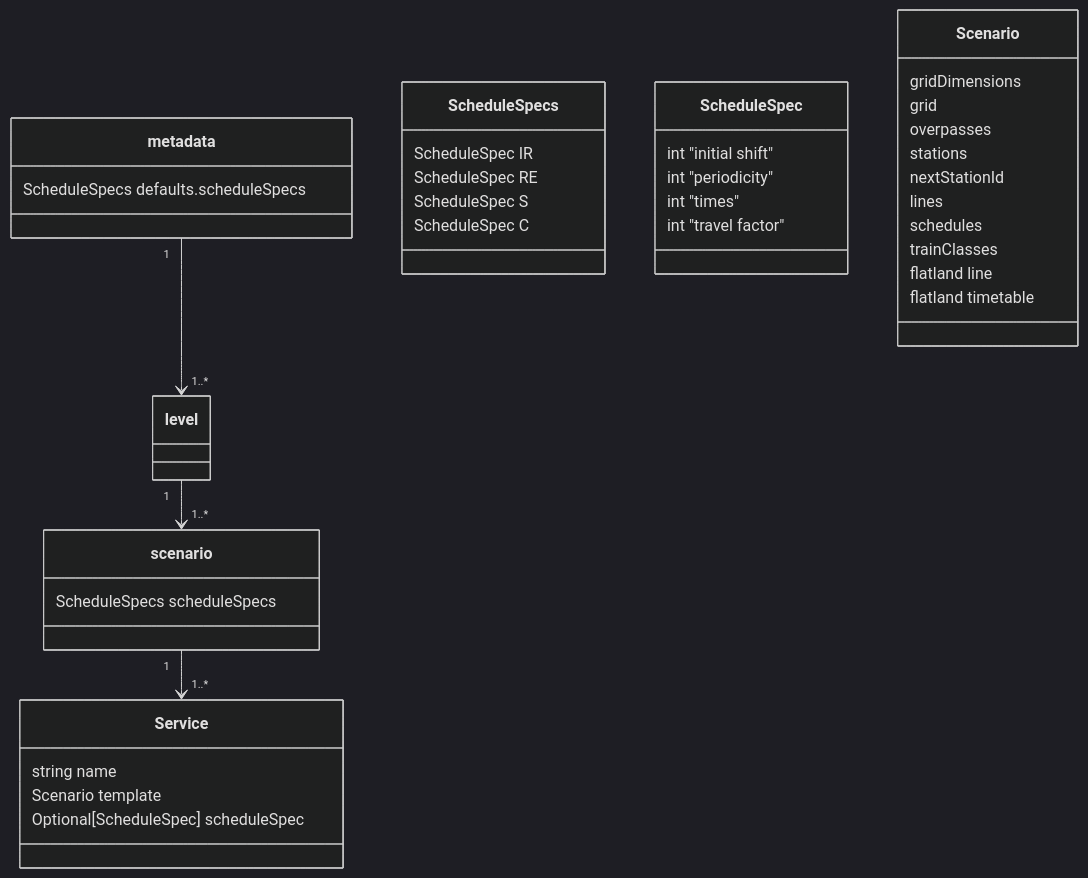
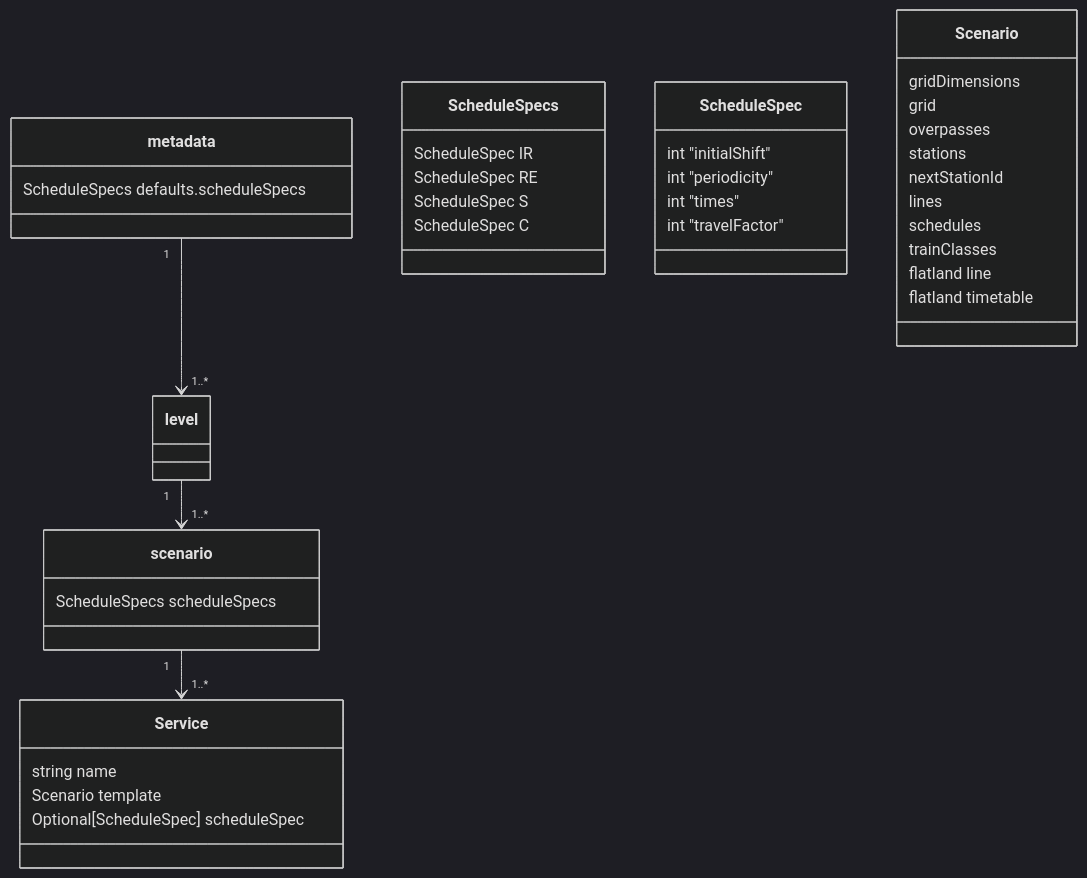
The first of 3 diagrams in scenario_generator/README.md (flatland-association/flatland-scenarios), drawn with Mermaid (dark theme) before and after one commit. The commit also changed other lines of this file and 2 other files, not shown here.

Commit message:
apply suggested changes

````diff
--- a/scenario_generator/README.md
+++ b/scenario_generator/README.md
@@ -21,43 +21,43 @@
 ```mermaid
 classDiagram
   class metadata {
     ScheduleSpecs defaults.scheduleSpecs
   }
   class scenario {
     ScheduleSpecs scheduleSpecs
   }
   metadata "1" --> "1..*" level
   level "1" --> "1..*" scenario
   scenario "1" --> "1..*" Service
   class ScheduleSpecs {
     ScheduleSpec IR
     ScheduleSpec RE
     ScheduleSpec S
     ScheduleSpec C
   }
   class ScheduleSpec {
-    int "initial shift"
+    int "initialShift"
     int "periodicity"
     int "times"
-    int "travel factor"
+    int "travelFactor"
   }
   class Service {
     string name
     Scenario template
     Optional[ScheduleSpec] scheduleSpec
   }
 
   class Scenario {
     gridDimensions
     grid
     overpasses
     stations
     nextStationId
     lines
     schedules
     trainClasses
     flatland line
     flatland timetable
   }
 
 ```
````
